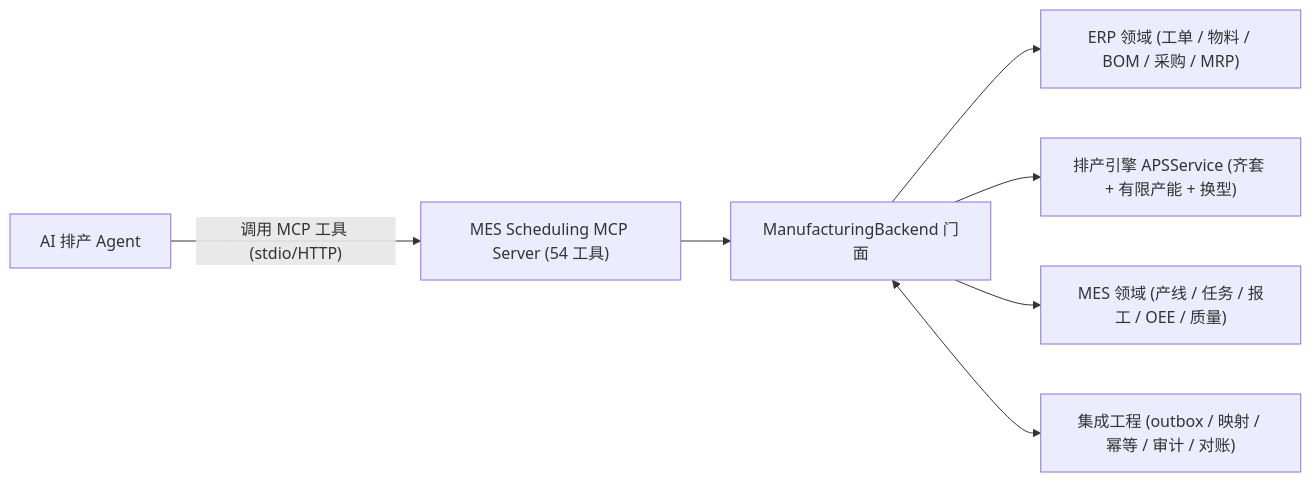
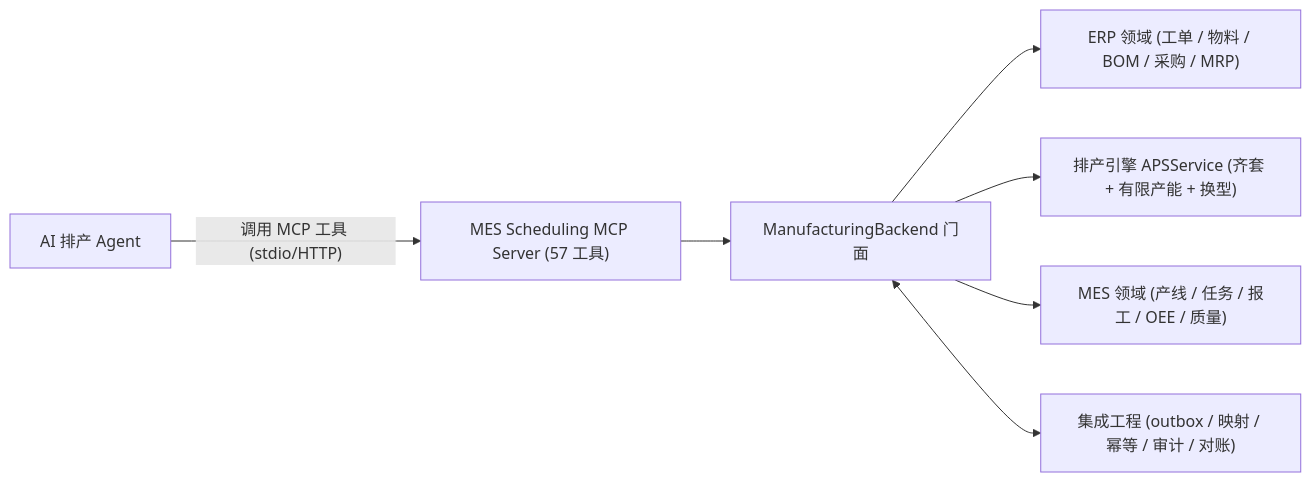
The first of 2 diagrams in README.md (liliangxing/agent), drawn with Mermaid before and after one commit. The commit also changed other lines of this file and 13 other files, not shown here.

````diff
--- a/README.md
+++ b/README.md
@@ -65,16 +68,16 @@
 ```mermaid
 flowchart LR
     A["AI 排产 Agent"]
-    S["MES Scheduling MCP Server (54 工具)"]
+    S["MES Scheduling MCP Server (57 工具)"]
     B["ManufacturingBackend 门面"]
     ER["ERP 领域 (工单 / 物料 / BOM / 采购 / MRP)"]
     AP["排产引擎 APSService (齐套 + 有限产能 + 换型)"]
     ME["MES 领域 (产线 / 任务 / 报工 / OEE / 质量)"]
     IG["集成工程 (outbox / 映射 / 幂等 / 审计 / 对账)"]
     A -->|"调用 MCP 工具 (stdio/HTTP)"| S
     S --> B
     B --> ER
     B --> AP
     B --> ME
     B <--> IG
 ```
````
